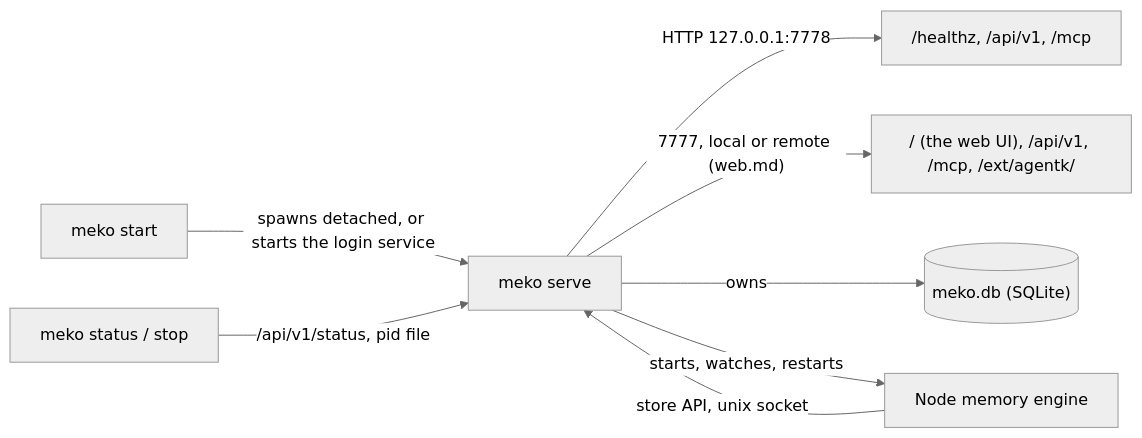
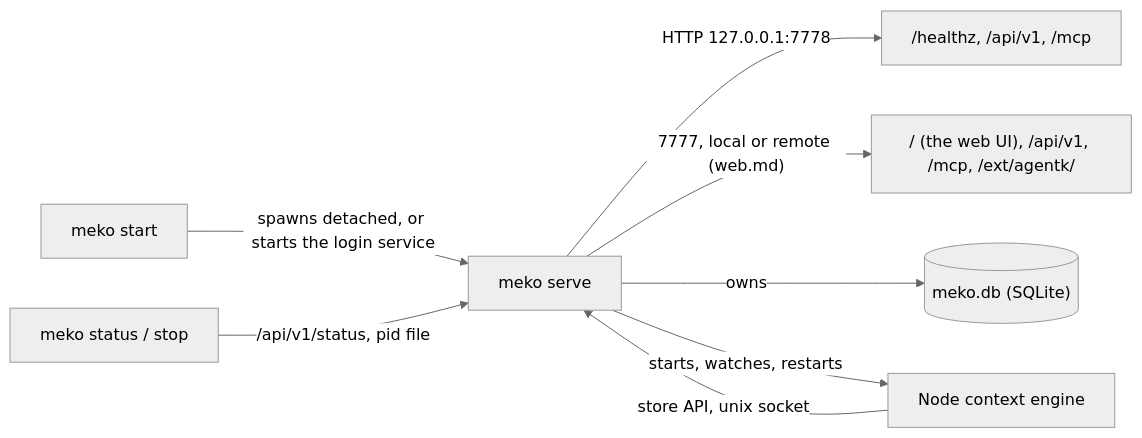
One commit to yugabyte/meko changed the diagram in src/meko/docs/design.md. Above: the diagram before and after it, drawn with Mermaid (neutral theme). The commit also changed other lines of this file and 117 other files, not shown here.

First line of the commit message:
feat(meko)!: rename the memory engine to the context engine

````diff
--- a/src/meko/docs/design.md
+++ b/src/meko/docs/design.md
@@ -29,10 +29,10 @@
 ```mermaid
 flowchart LR
   cli["meko start"] -->|"spawns detached, or starts the login service"| serve["meko serve"]
   serve -->|"HTTP 127.0.0.1:7778"| api["/healthz, /api/v1, /mcp"]
   serve -->|"7777, local or remote (web.md)"| web["/ (the web UI), /api/v1, /mcp, /ext/agentk/"]
   serve -->|"owns"| db[("meko.db (SQLite)")]
-  serve -->|"starts, watches, restarts"| memory_engine["Node memory engine"]
-  memory_engine -->|"store API, unix socket"| serve
+  serve -->|"starts, watches, restarts"| context_engine["Node context engine"]
+  context_engine -->|"store API, unix socket"| serve
   status["meko status / stop"] -->|"/api/v1/status, pid file"| serve
 ```
````
